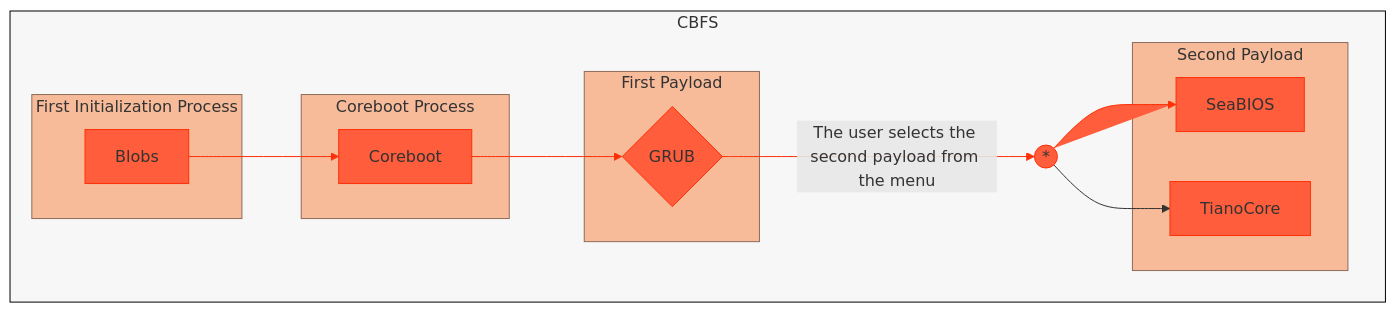
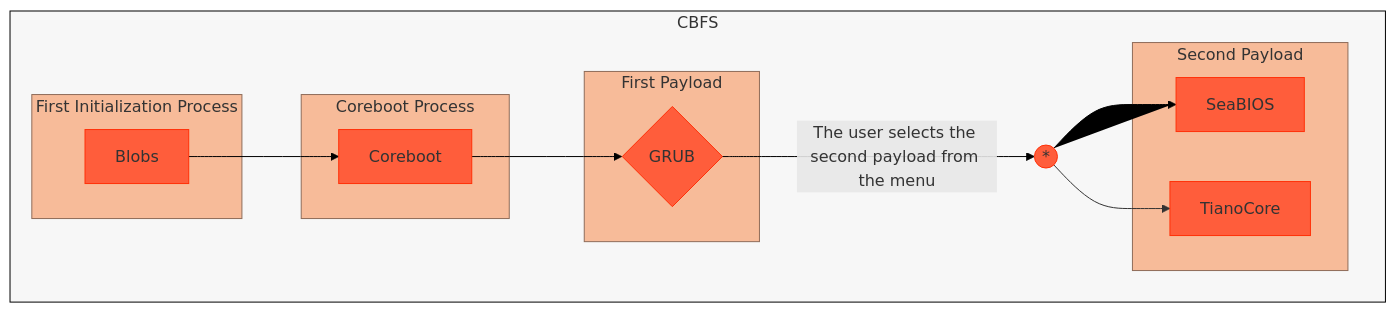
The diagram in README.md (Ch3ckm4t3C1ph3r/Lenovo-Ideapad-320-14ISK-_Coreboot-Adaptation_), drawn with Mermaid before and after one commit.

Commit message:
Change nodeStyle to edgeStyle for classes e1-e4
Updated class definitions for edge styles in README.

````diff
--- a/README.md
+++ b/README.md
@@ -104,40 +104,40 @@
 ```mermaid
 flowchart LR;
     %% Definition of style (and class of style) of each element by id (or by class name)
     style cbfs fill:#f7f7f7,stroke:#000000,stroke-width:1px;
     classDef sbgStyle fill:#F7BB99,stroke:#8F6C59,stroke-width:1px
     classDef nodeStyle fill:#FF5D3B,stroke:#FF3008,stroke-width:1px
     classDef edgeStyle fill:#000000,stroke:#000000,stroke-width:1px
     
     subgraph cbfs[CBFS]
         direction LR
 
         %% Not publicly documented boot process
         subgraph sbg1[First Initialization Process]
         n1[Blobs]
         end
 
         n1[Blobs] e1@--> n2[Coreboot]
 
         subgraph sbg2[Coreboot Process]
         n2[Coreboot]
         end
     
         n2[Coreboot] e2@--> p1{GRUB}
     
         subgraph sbg3[First Payload]
         p1{GRUB}
         end
     
         p1{GRUB} e3@--The user selects the second payload from the menu--> UNION((*)) e4@--> p2_1[SeaBIOS] & p2_2[TianoCore]
     
         subgraph sbg4[Second Payload]
         p2_1[SeaBIOS] & p2_2[TianoCore]
         end
     end
 
     %% Defining the members of each class
     class sbg1,sbg2,sbg3,sbg4 sbgStyle
     class n1,n2,p1,p2_1,p2_2,UNION nodeStyle
-    class e1,e2,e3,e4 nodeStyle
+    class e1,e2,e3,e4 edgeStyle
 ```
````
